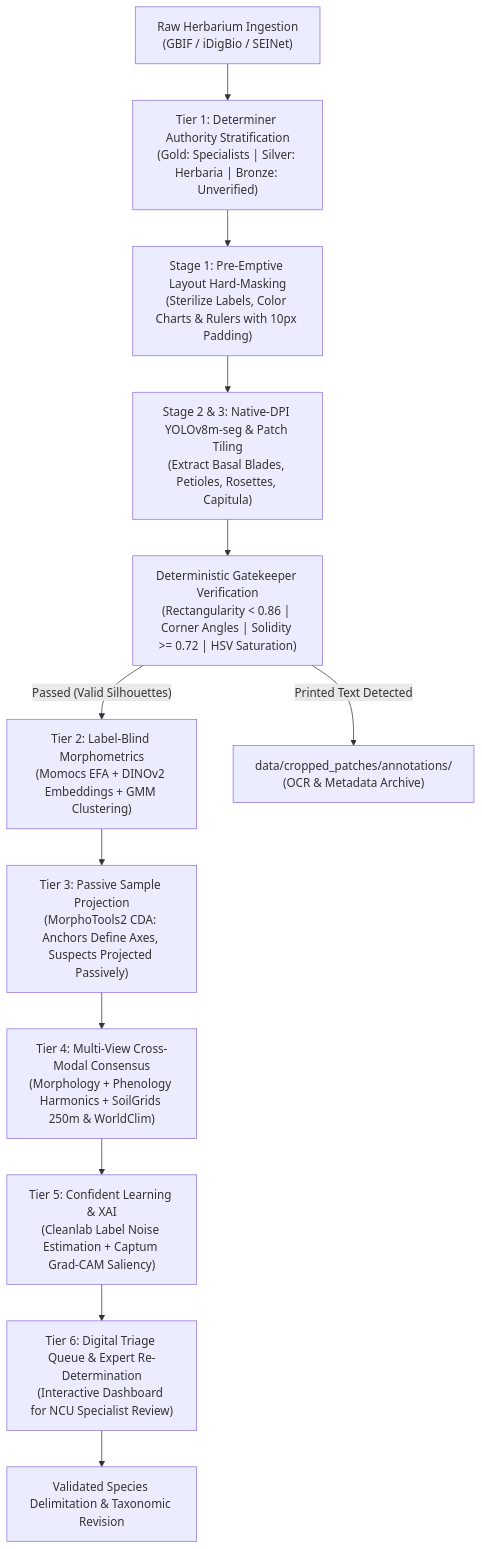
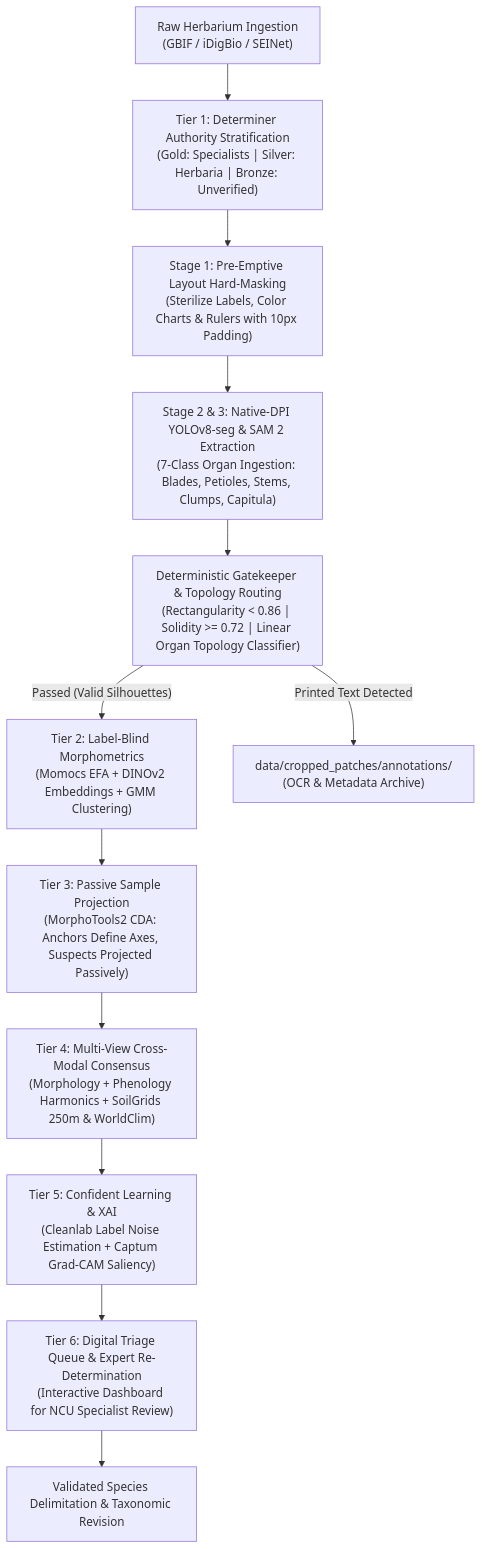
The diagram in README.md (Plantatsrophe/Packera_dubia_morphometrics), drawn with Mermaid before and after one commit. The commit also changed other lines of this file and 33 other files, not shown here.

````diff
--- a/README.md
+++ b/README.md
@@ -38,14 +38,14 @@
 ```mermaid
 flowchart TD
     A["Raw Herbarium Ingestion\n(GBIF / iDigBio / SEINet)"] --> B["Tier 1: Determiner Authority Stratification\n(Gold: Specialists | Silver: Herbaria | Bronze: Unverified)"]
     B --> C["Stage 1: Pre-Emptive Layout Hard-Masking\n(Sterilize Labels, Color Charts & Rulers with 10px Padding)"]
-    C --> D["Stage 2 & 3: Native-DPI YOLOv8m-seg & Patch Tiling\n(Extract Basal Blades, Petioles, Rosettes, Capitula)"]
-    D --> E["Deterministic Gatekeeper Verification\n(Rectangularity < 0.86 | Corner Angles | Solidity >= 0.72 | HSV Saturation)"]
+    C --> D["Stage 2 & 3: Native-DPI YOLOv8-seg & SAM 2 Extraction\n(7-Class Organ Ingestion: Blades, Petioles, Stems, Clumps, Capitula)"]
+    D --> E["Deterministic Gatekeeper & Topology Routing\n(Rectangularity < 0.86 | Solidity >= 0.72 | Linear Organ Topology Classifier)"]
     E -->|"Passed (Valid Silhouettes)"| F["Tier 2: Label-Blind Morphometrics\n(Momocs EFA + DINOv2 Embeddings + GMM Clustering)"]
     E -->|"Printed Text Detected"| G["data/cropped_patches/annotations/\n(OCR & Metadata Archive)"]
     F --> H["Tier 3: Passive Sample Projection\n(MorphoTools2 CDA: Anchors Define Axes, Suspects Projected Passively)"]
     H --> I["Tier 4: Multi-View Cross-Modal Consensus\n(Morphology + Phenology Harmonics + SoilGrids 250m & WorldClim)"]
     I --> J["Tier 5: Confident Learning & XAI\n(Cleanlab Label Noise Estimation + Captum Grad-CAM Saliency)"]
     J --> K["Tier 6: Digital Triage Queue & Expert Re-Determination\n(Interactive Dashboard for NCU Specialist Review)"]
     K --> L["Validated Species Delimitation & Taxonomic Revision"]
 ```
````
